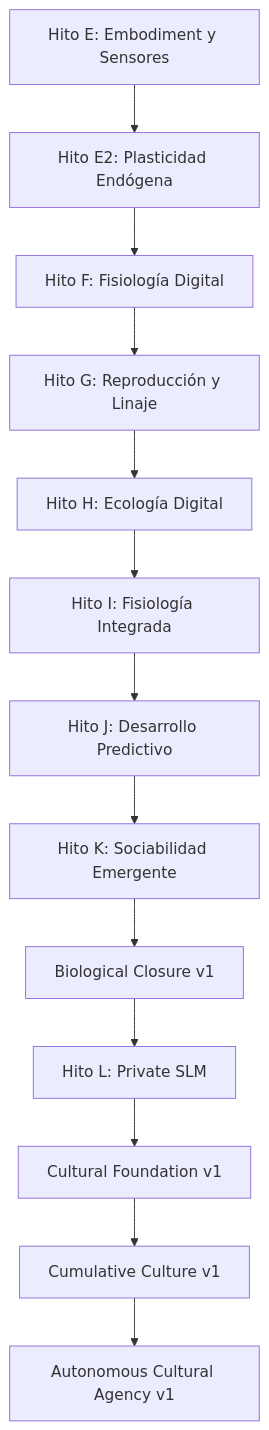
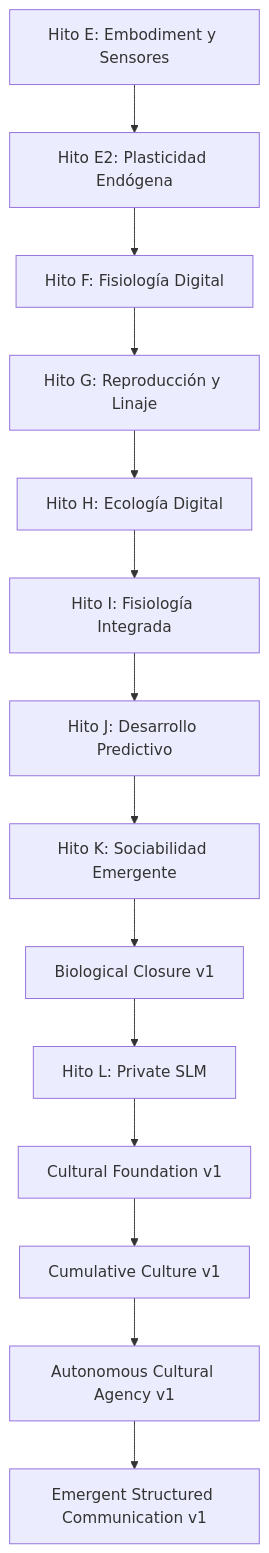
Before and after one commit to alessbarb/symbiont-lab: the diagram in docs/design/README.md, drawn with Mermaid. The commit also changed other lines of this file and 14 other files, not shown here.

Commit message:
feat(culture): add emergent structured communication substrate

````diff
--- a/docs/design/README.md
+++ b/docs/design/README.md
@@ -16,14 +16,15 @@
 ```mermaid
 flowchart TD
     E["Hito E: Embodiment y Sensores"] --> E2["Hito E2: Plasticidad Endógena"]
     E2 --> F["Hito F: Fisiología Digital"]
     F --> G["Hito G: Reproducción y Linaje"]
     G --> H["Hito H: Ecología Digital"]
     H --> I["Hito I: Fisiología Integrada"]
     I --> J["Hito J: Desarrollo Predictivo"]
     J --> K["Hito K: Sociabilidad Emergente"]
     K --> BC["Biological Closure v1"]
     BC --> L["Hito L: Private SLM"]
     L --> CF["Cultural Foundation v1"] --> C["Cumulative Culture v1"]
     C --> ACA["Autonomous Cultural Agency v1"]
+    ACA --> ESC["Emergent Structured Communication v1"]
 ```
````
